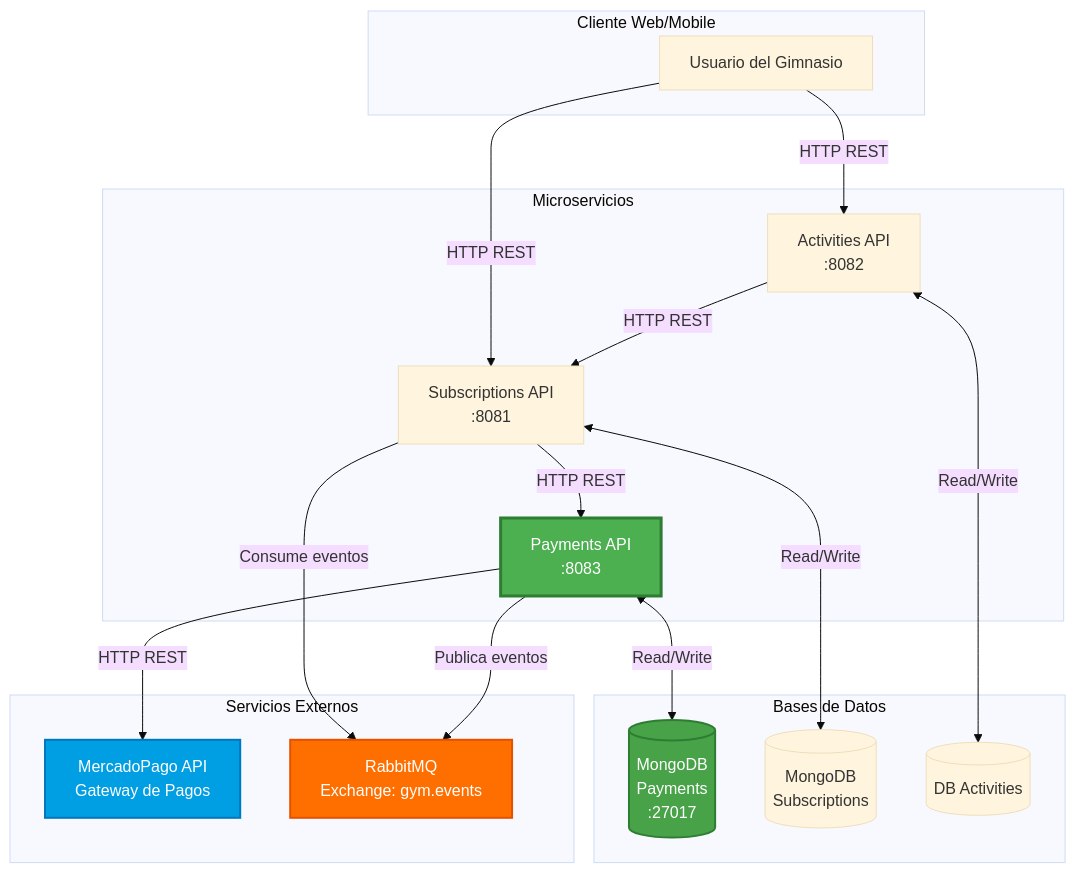
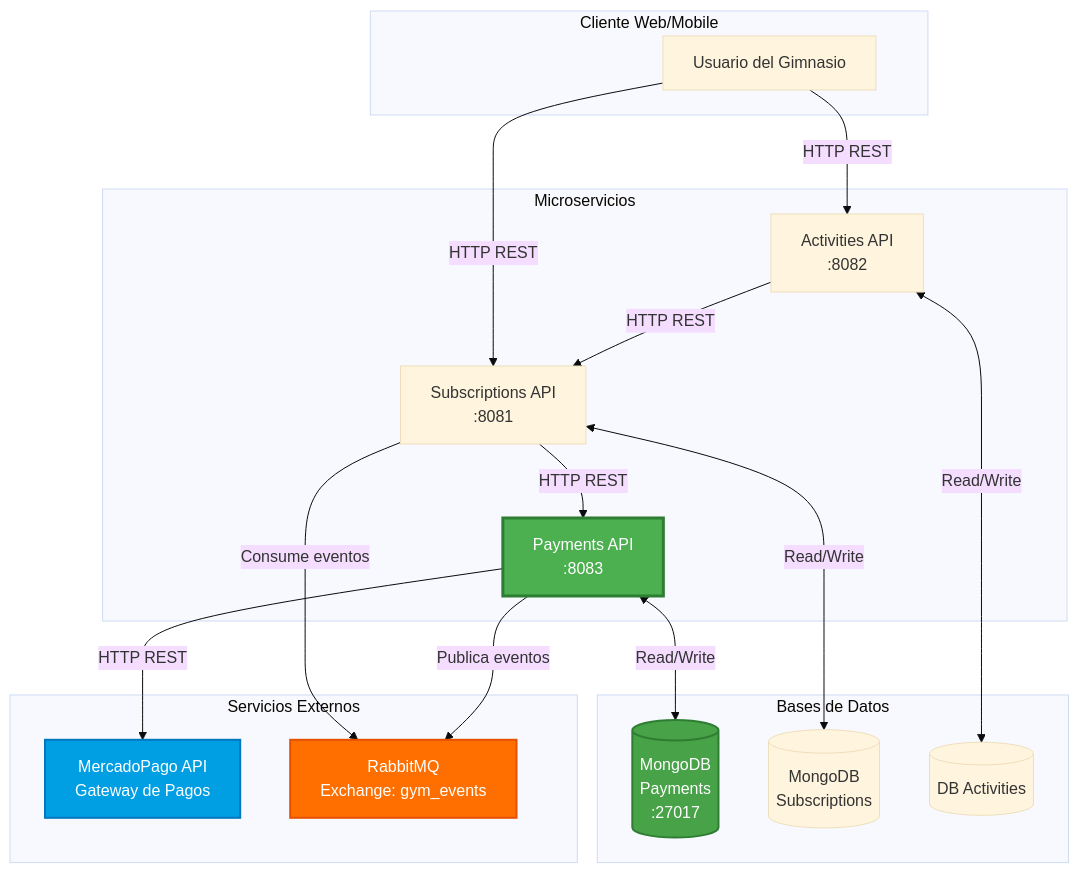
One commit to franco2355/ivo changed the first of 5 diagrams in backend/payments-api/DIAGRAMA_ARQUITECTURA.md. Above: the diagram before and after it, drawn with Mermaid (base theme). The commit also changed other lines of this file and 59 other files, not shown here.

````diff
--- a/backend/payments-api/DIAGRAMA_ARQUITECTURA.md
+++ b/backend/payments-api/DIAGRAMA_ARQUITECTURA.md
@@ -5,40 +5,40 @@
 ```mermaid
 graph TB
     subgraph "Cliente Web/Mobile"
         CLIENT[Usuario del Gimnasio]
     end
 
     subgraph "Microservicios"
         SUBS[Subscriptions API<br/>:8081]
         PAYMENTS[Payments API<br/>:8083]
         ACTIVITIES[Activities API<br/>:8082]
     end
 
     subgraph "Bases de Datos"
         MONGO_PAYMENTS[(MongoDB<br/>Payments<br/>:27017)]
         MONGO_SUBS[(MongoDB<br/>Subscriptions)]
         DB_ACTIVITIES[(DB Activities)]
     end
 
     subgraph "Servicios Externos"
         MERCADOPAGO[MercadoPago API<br/>Gateway de Pagos]
-        RABBITMQ[RabbitMQ<br/>Exchange: gym.events]
+        RABBITMQ[RabbitMQ<br/>Exchange: gym_events]
     end
 
     CLIENT -->|HTTP REST| SUBS
     CLIENT -->|HTTP REST| ACTIVITIES
     SUBS -->|HTTP REST| PAYMENTS
     SUBS -->|Consume eventos| RABBITMQ
     ACTIVITIES -->|HTTP REST| SUBS
 
     PAYMENTS -->|Publica eventos| RABBITMQ
     PAYMENTS -->|HTTP REST| MERCADOPAGO
     PAYMENTS <-->|Read/Write| MONGO_PAYMENTS
     SUBS <-->|Read/Write| MONGO_SUBS
     ACTIVITIES <-->|Read/Write| DB_ACTIVITIES
 
     style PAYMENTS fill:#4CAF50,stroke:#2E7D32,stroke-width:3px,color:#fff
     style RABBITMQ fill:#FF6F00,stroke:#E65100,stroke-width:2px,color:#fff
     style MERCADOPAGO fill:#009EE3,stroke:#0277BD,stroke-width:2px,color:#fff
     style MONGO_PAYMENTS fill:#47A248,stroke:#2E7D32,stroke-width:2px,color:#fff
 ```
````
